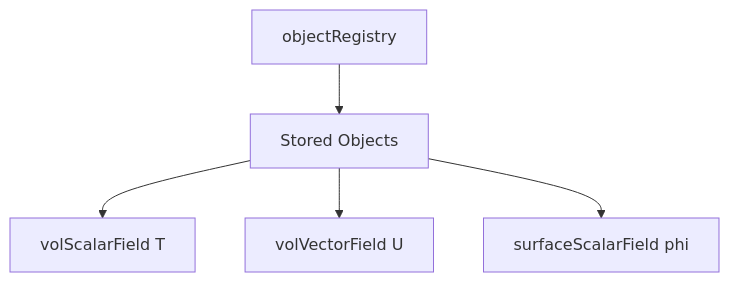
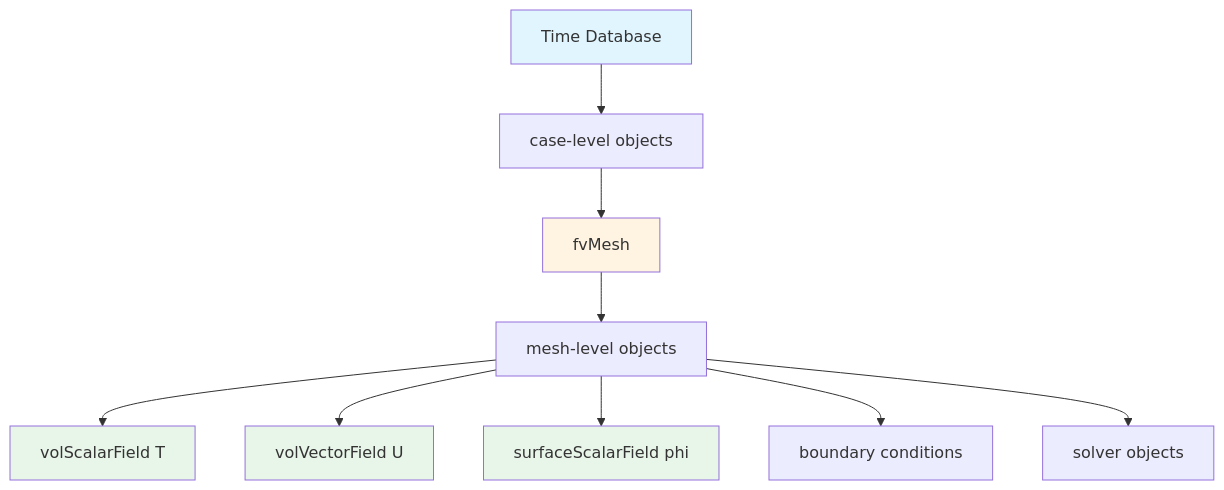
The first of 2 diagrams in MODULE_05_OPENFOAM_PROGRAMMING/CONTENT/07_TIME_DATABASES/03_Object_Registry.md (wramet/build-my-cfd), drawn with Mermaid before and after one commit. The commit also changed other lines of this file and 124 other files, not shown here.

````diff
--- a/MODULE_05_OPENFOAM_PROGRAMMING/CONTENT/07_TIME_DATABASES/03_Object_Registry.md
+++ b/MODULE_05_OPENFOAM_PROGRAMMING/CONTENT/07_TIME_DATABASES/03_Object_Registry.md
@@ -11,7 +29,17 @@
 ```mermaid
 flowchart TD
-    A[objectRegistry] --> B[Stored Objects]
-    B --> C[volScalarField T]
-    B --> D[volVectorField U]
-    B --> E[surfaceScalarField phi]
+    A[Time Database] --> B[case-level objects]
+    B --> C[fvMesh]
+    C --> D[mesh-level objects]
+    D --> E[volScalarField T]
+    D --> F[volVectorField U]
+    D --> G[surfaceScalarField phi]
+    D --> H[boundary conditions]
+    D --> I[solver objects]
+    
+    style A fill:#e1f5ff
+    style C fill:#fff4e1
+    style E fill:#e8f5e9
+    style F fill:#e8f5e9
+    style G fill:#e8f5e9
 ```
````
